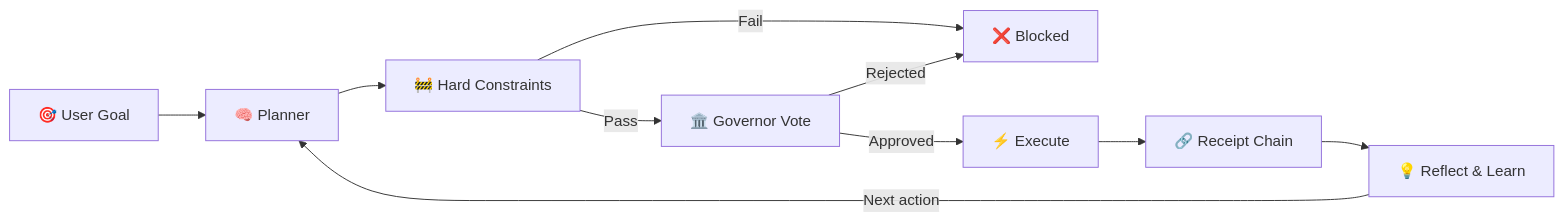
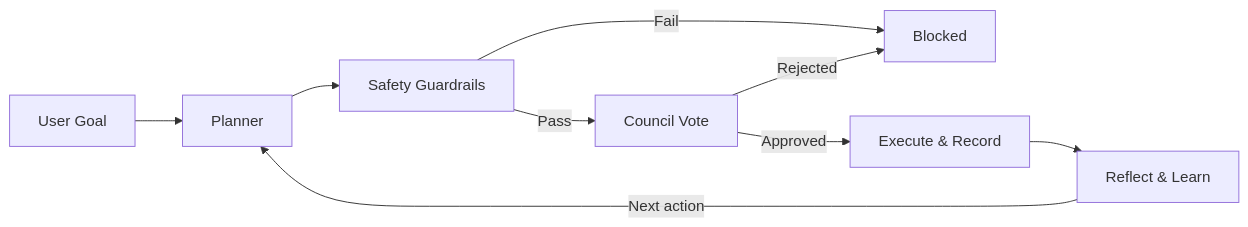
Before and after one commit to AgentBigBrain/AgentBigBrain: the diagram in README.md, drawn with Mermaid. The commit also changed other lines of this file and 1 other file, not shown here.

Commit message:
docs: update README.md to enhance clarity and structure; refine descriptions of AgentBigBrain's functionality, governance processes, and safety mechanisms; add new approval flow diagram for better visualization

````diff
--- a/README.md
+++ b/README.md
@@ -43,12 +62,11 @@
 ```mermaid
 flowchart LR
-    A["🎯 User Goal"] --> B["🧠 Planner"]
-    B --> C["🚧 Hard Constraints"]
-    C -->|Pass| D["🏛️ Governor Vote"]
-    C -->|Fail| X["❌ Blocked"]
-    D -->|Approved| E["⚡ Execute"]
+    A["User Goal"] --> B["Planner"]
+    B --> C["Safety Guardrails"]
+    C -->|Pass| D["Council Vote"]
+    C -->|Fail| X["Blocked"]
+    D -->|Approved| E["Execute & Record"]
     D -->|Rejected| X
-    E --> F["🔗 Receipt Chain"]
-    F --> G["💡 Reflect & Learn"]
-    G -->|Next action| B
+    E --> F["Reflect & Learn"]
+    F -->|Next action| B
 ```
````
